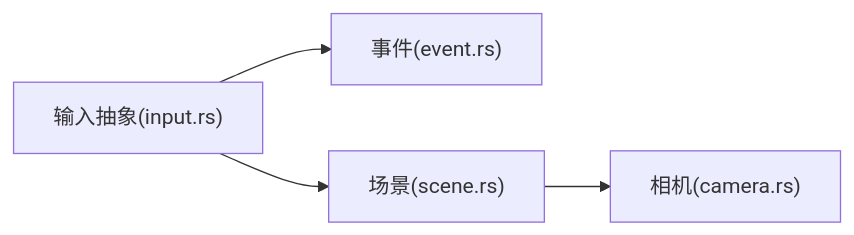
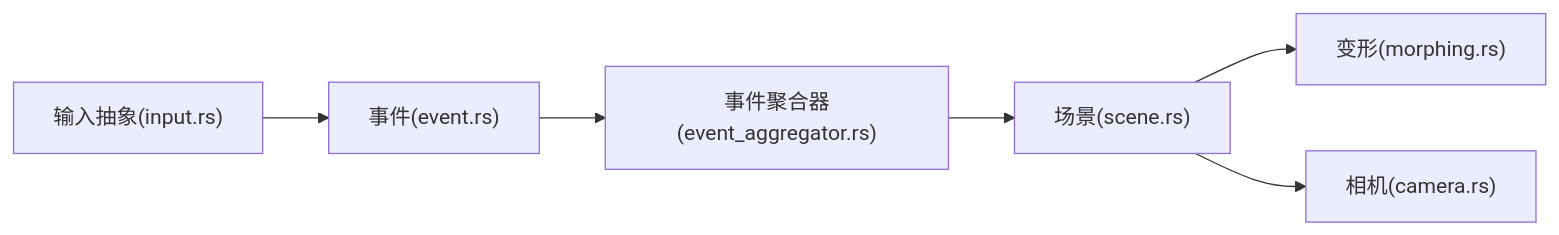
One commit to rzhangjing/cesium changed the seventh of 7 diagrams in .qoder/repowiki/zh/content/项目概述/核心特性/相机与交互控制/交互框架.md. Above: the diagram before and after it, drawn with Mermaid. The commit also changed other lines of this file and 30 other files, not shown here.

````diff
--- a/.qoder/repowiki/zh/content/项目概述/核心特性/相机与交互控制/交互框架.md
+++ b/.qoder/repowiki/zh/content/项目概述/核心特性/相机与交互控制/交互框架.md
@@ -209,6 +335,8 @@
 ```mermaid
 graph LR
 Input["输入抽象(input.rs)"] --> Event["事件(event.rs)"]
-Input --> Scene["场景(scene.rs)"]
+Event --> EventAgg["事件聚合器(event_aggregator.rs)"]
+EventAgg --> Scene["场景(scene.rs)"]
+Scene --> Morphing["变形(morphing.rs)"]
 Scene --> Camera["相机(camera.rs)"]
 ```
````
